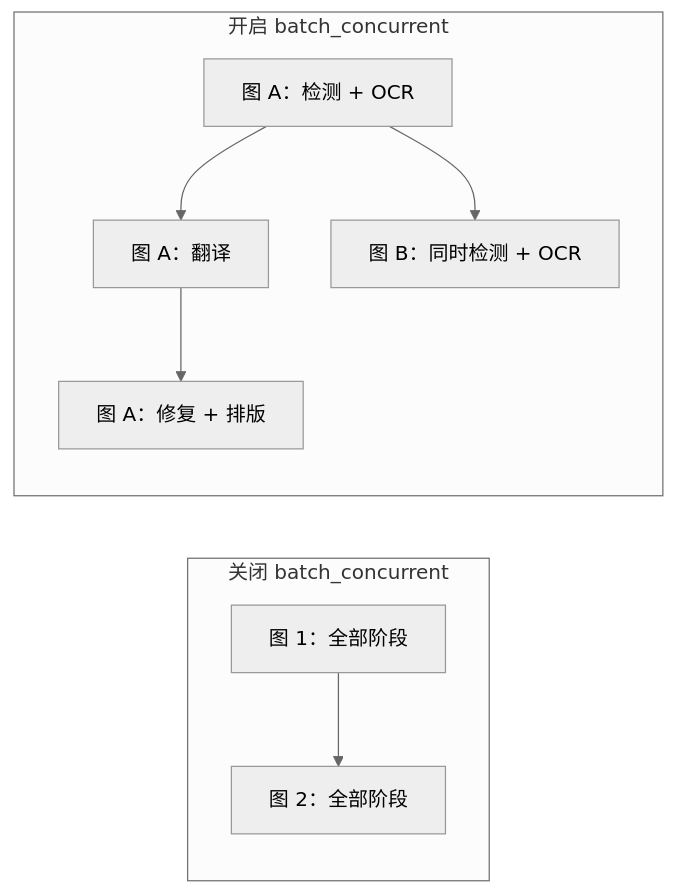
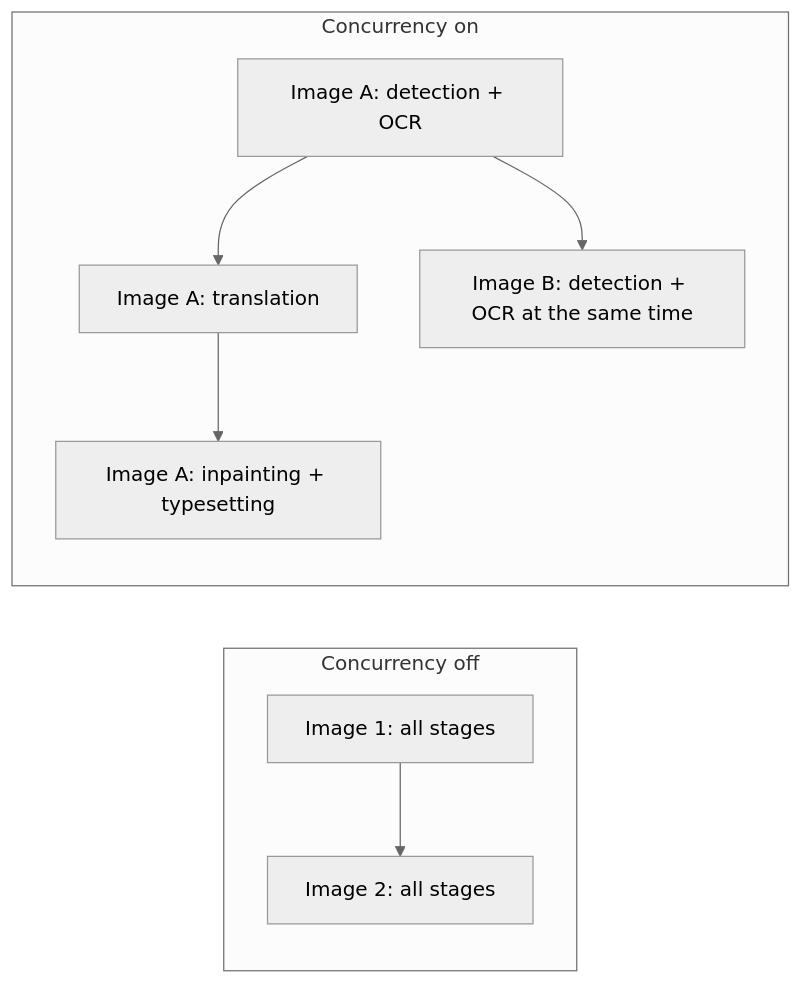
The first of 2 diagrams in doc/wiki/en/desktop/settings/cli-batch-and-output.md (hgmzhn/manga-translator-ui), drawn with Mermaid (neutral theme) before and after one commit. The commit also changed other lines of this file and 252 other files, not shown here.

````diff
--- a/doc/wiki/en/desktop/settings/cli-batch-and-output.md
+++ b/doc/wiki/en/desktop/settings/cli-batch-and-output.md
@@ -126,11 +60,11 @@
 ```mermaid
 flowchart LR
-    subgraph Off["关闭 batch_concurrent"]
-        O1["图 1：全部阶段"] --> O2["图 2：全部阶段"]
+    subgraph Off["Concurrency off"]
+        O1["Image 1: all stages"] --> O2["Image 2: all stages"]
     end
-    subgraph On["开启 batch_concurrent"]
-        A["图 A：检测 + OCR"] --> B["图 A：翻译"]
-        A --> C["图 B：同时检测 + OCR"]
-        B --> D["图 A：修复 + 排版"]
+    subgraph On["Concurrency on"]
+        A["Image A: detection + OCR"] --> B["Image A: translation"]
+        A --> C["Image B: detection + OCR at the same time"]
+        B --> D["Image A: inpainting + typesetting"]
     end
 ```
````
